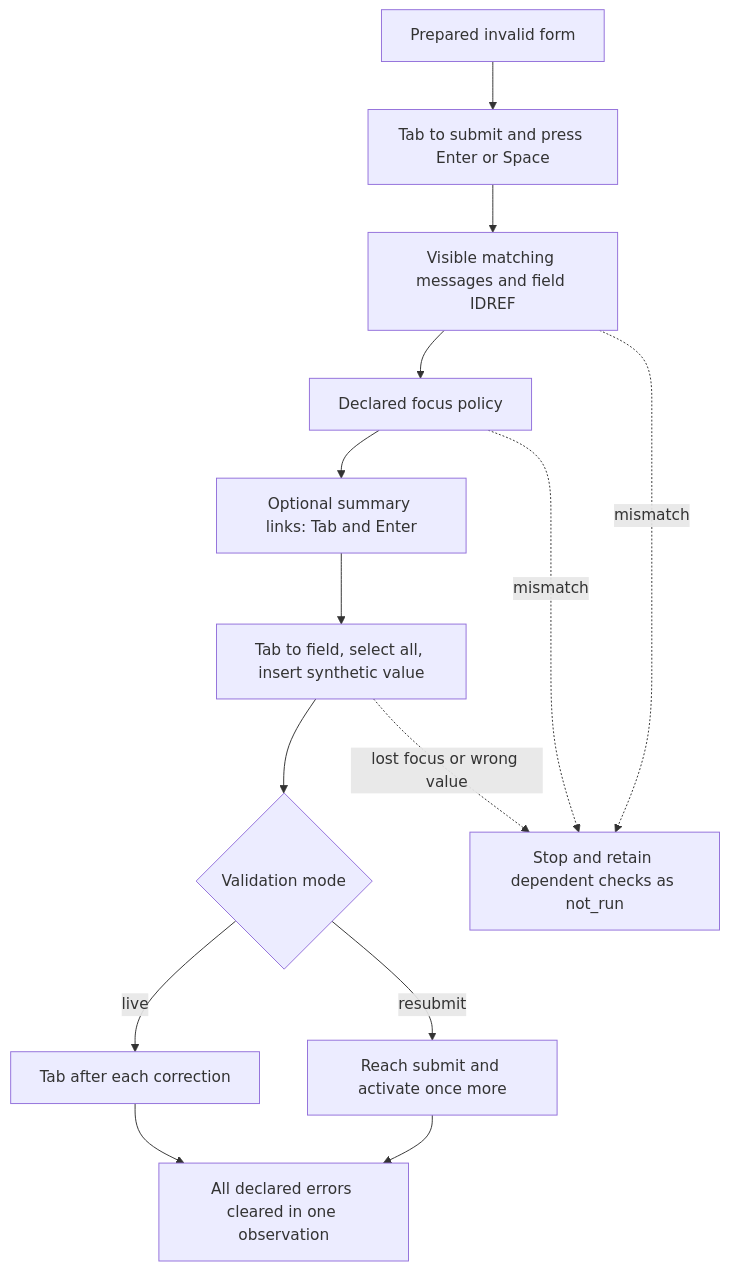
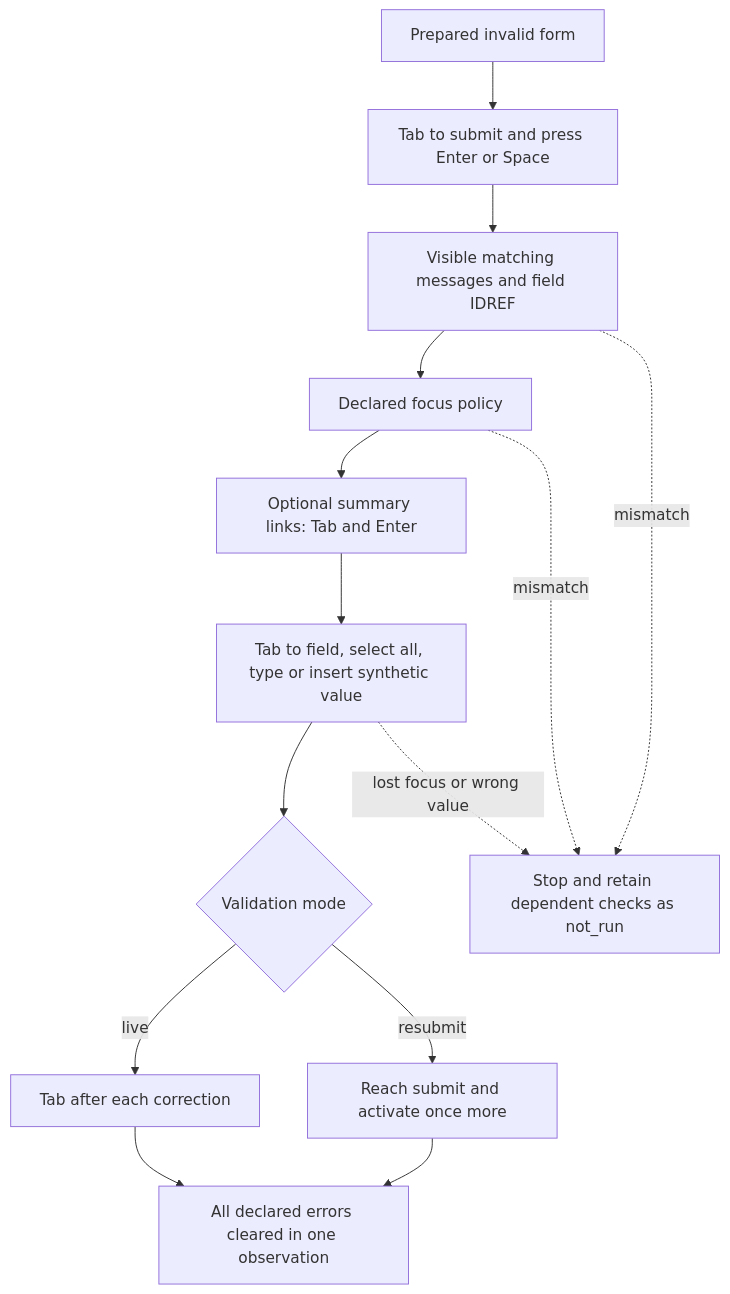
Before and after one commit to PerchAnton/keytrail: the diagram in docs/form-errors.md, drawn with Mermaid. The commit also changed other lines of this file and 47 other files, not shown here.

````diff
--- a/docs/form-errors.md
+++ b/docs/form-errors.md
@@ -8,16 +8,16 @@
 ```mermaid
 flowchart TD
   A[Prepared invalid form] --> B[Tab to submit and press Enter or Space]
   B --> C[Visible matching messages and field IDREF]
   C --> D[Declared focus policy]
   D --> E[Optional summary links: Tab and Enter]
-  E --> F[Tab to field, select all, insert synthetic value]
+  E --> F[Tab to field, select all, type or insert synthetic value]
   F --> G{Validation mode}
   G -->|live| H[Tab after each correction]
   G -->|resubmit| I[Reach submit and activate once more]
   H --> J[All declared errors cleared in one observation]
   I --> J
   C -. mismatch .-> K[Stop and retain dependent checks as not_run]
   D -. mismatch .-> K
   F -. lost focus or wrong value .-> K
 ```
````
